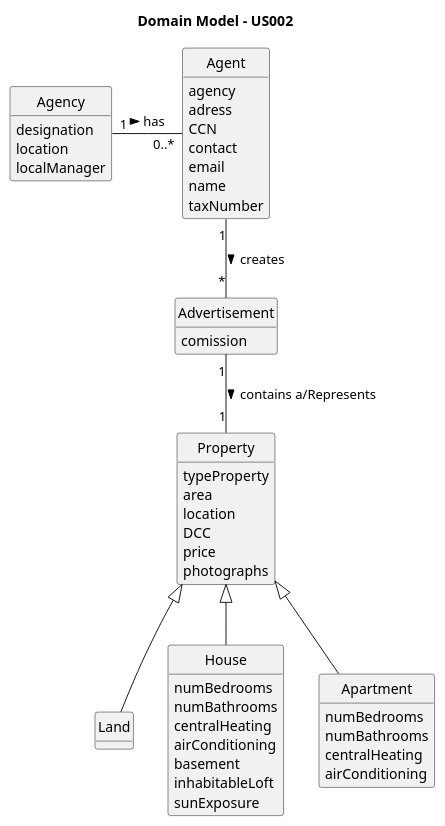
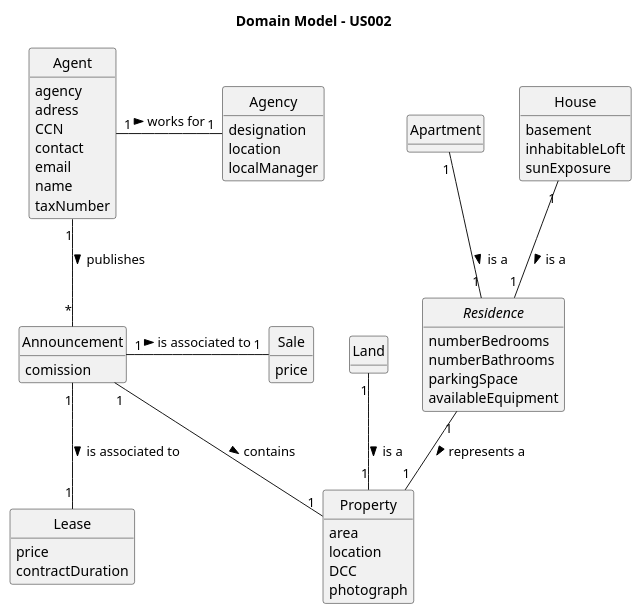
One commit to rita-barbosa/LAPR2-2223 changed the diagram in docs/sprintA/us002/02.analysis/puml/us002-domain-model.puml. Above: the diagram before and after it, drawn with PlantUML. The commit also changed 2 other files, not shown here.

```diff
--- a/docs/sprintA/us002/02.analysis/puml/us002-domain-model.puml
+++ b/docs/sprintA/us002/02.analysis/puml/us002-domain-model.puml
@@ -1,71 +1,77 @@
 @startuml
 skinparam monochrome true
 skinparam packageStyle rectangle
 skinparam shadowing false
 
 'left to right direction
 
 skinparam classAttributeIconSize 0
 
 hide circle
 hide methods
 
 title Domain Model - US002
 
 class Agency {
     designation
     location
     localManager
 }
 
-class Advertisement {
+class Announcement {
     comission
 }
-
-class Land extends Property{
-
+class Property{
+ area
+ location
+ DCC
+ photograph
+}
+class Land{
+}
+abstract class Residence{
+ numberBedrooms
+ numberBathrooms
+ parkingSpace
+availableEquipment
+}
+class Apartment{
+}
+class House{
+ basement
+ inhabitableLoft
+ sunExposure
 }
 
-class House extends Property{
-    numBedrooms
-    numBathrooms
-    centralHeating
-    airConditioning
-    basement
-    inhabitableLoft
-    sunExposure
+
+class Sale{
+price
+}
+class Lease{
+price
+contractDuration
 }
 
-class Apartment extends Property{
-    numBedrooms
-    numBathrooms
-    centralHeating
-    airConditioning
-}
-
-class Property{
-    typeProperty
-    area
-    location
-    DCC
-    price
-    photographs
-}
 
 class Agent {
     agency
     adress
     CCN
     contact
     email
     name
     taxNumber
 }
 
 
-Agency "1" - "0..*" Agent : has >
-Agent "1" -- "*" Advertisement : creates >
-Advertisement "1" -- "1" Property : contains a/Represents  >
-
+Agent "1" - "1" Agency: works for >
+Agent "1" -- "*" Announcement: publishes >
+Announcement "1"- "1" Sale: is associated to >
+Announcement "1" -- "1" Lease: is associated to >
+Announcement "1" -- "1" Property: contains >
+Land "1" -- "1" Property: is a >
+Residence "1" -- "1" Property:  represents a >
+Apartment "1" -- "1" Residence: is a >
+House "1" -- "1" Residence: is a >
 
 @enduml
```
